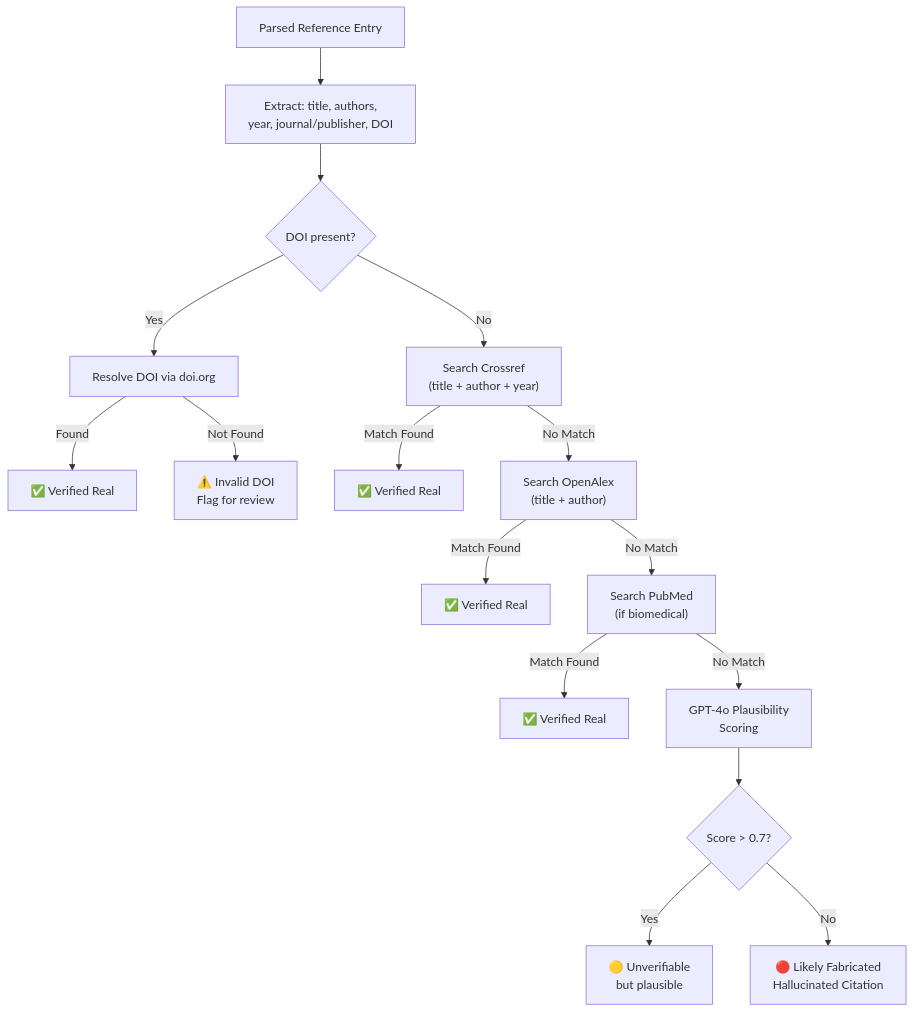
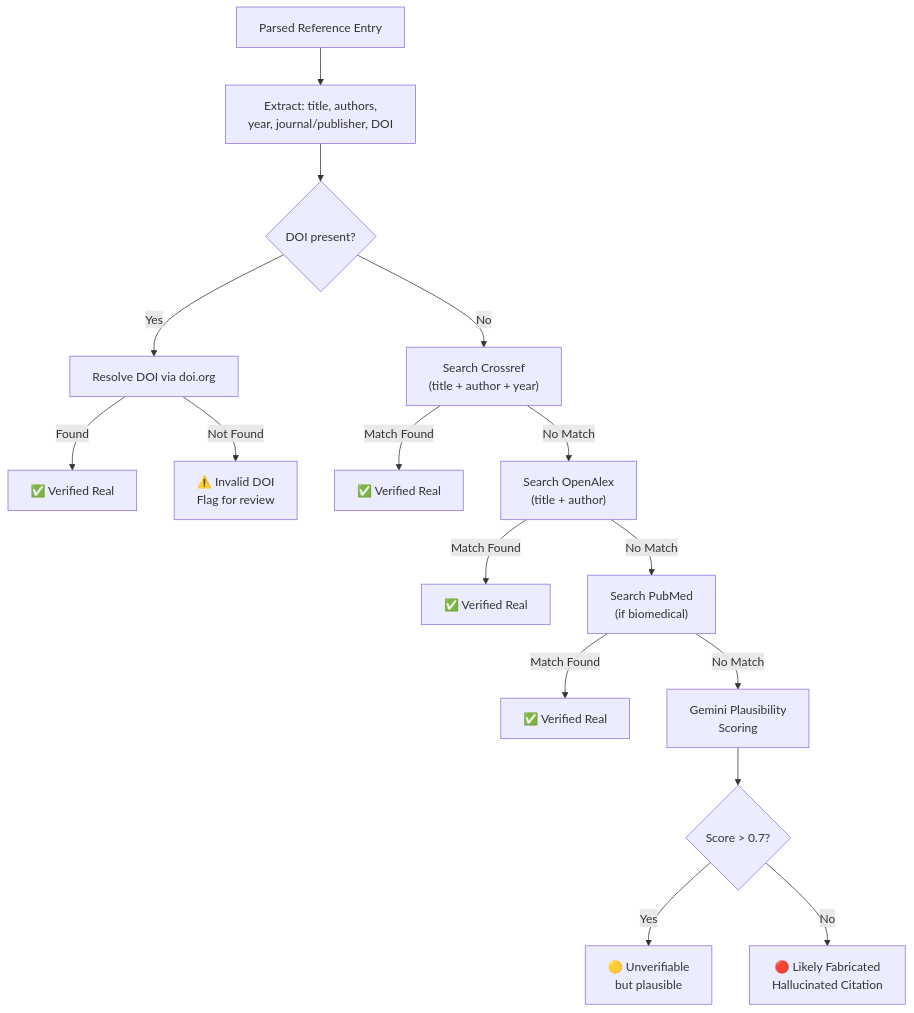
Before and after one commit to Faithmanex/citepilot: the third of 6 diagrams in 01-discovery-strategy/02-prd.md, drawn with Mermaid. The commit also changed other lines of this file and 32 other files, not shown here.

Commit message:
docs(truthfulness): align architecture, security, legal, and ops docs with live MVP stack

````diff
--- a/01-discovery-strategy/02-prd.md
+++ b/01-discovery-strategy/02-prd.md
@@ -348,18 +368,18 @@
 ```mermaid
 flowchart TD
     A["Parsed Reference Entry"] --> B["Extract: title, authors,\nyear, journal/publisher, DOI"]
     B --> C{"DOI present?"}
     C -- Yes --> D["Resolve DOI via doi.org"]
     D -- Found --> E["✅ Verified Real"]
     D -- Not Found --> F["⚠️ Invalid DOI\nFlag for review"]
     C -- No --> G["Search Crossref\n(title + author + year)"]
     G -- Match Found --> H["✅ Verified Real"]
     G -- No Match --> I["Search OpenAlex\n(title + author)"]
     I -- Match Found --> J["✅ Verified Real"]
     I -- No Match --> K["Search PubMed\n(if biomedical)"]
     K -- Match Found --> L["✅ Verified Real"]
-    K -- No Match --> M["GPT-4o Plausibility\nScoring"]
+    K -- No Match --> M["Gemini Plausibility\nScoring"]
     M --> N{"Score > 0.7?"}
     N -- Yes --> O["🟡 Unverifiable\nbut plausible"]
     N -- No --> P["🔴 Likely Fabricated\nHallucinated Citation"]
 ```
````
